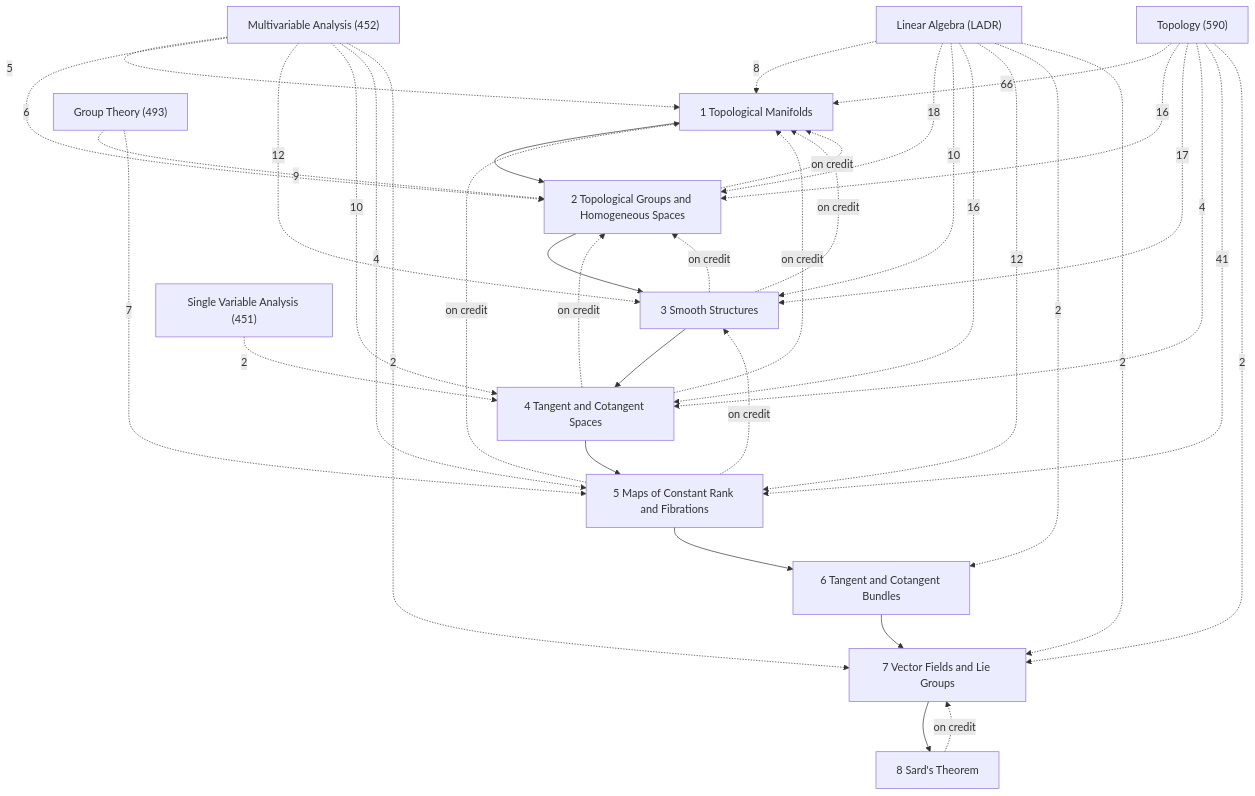
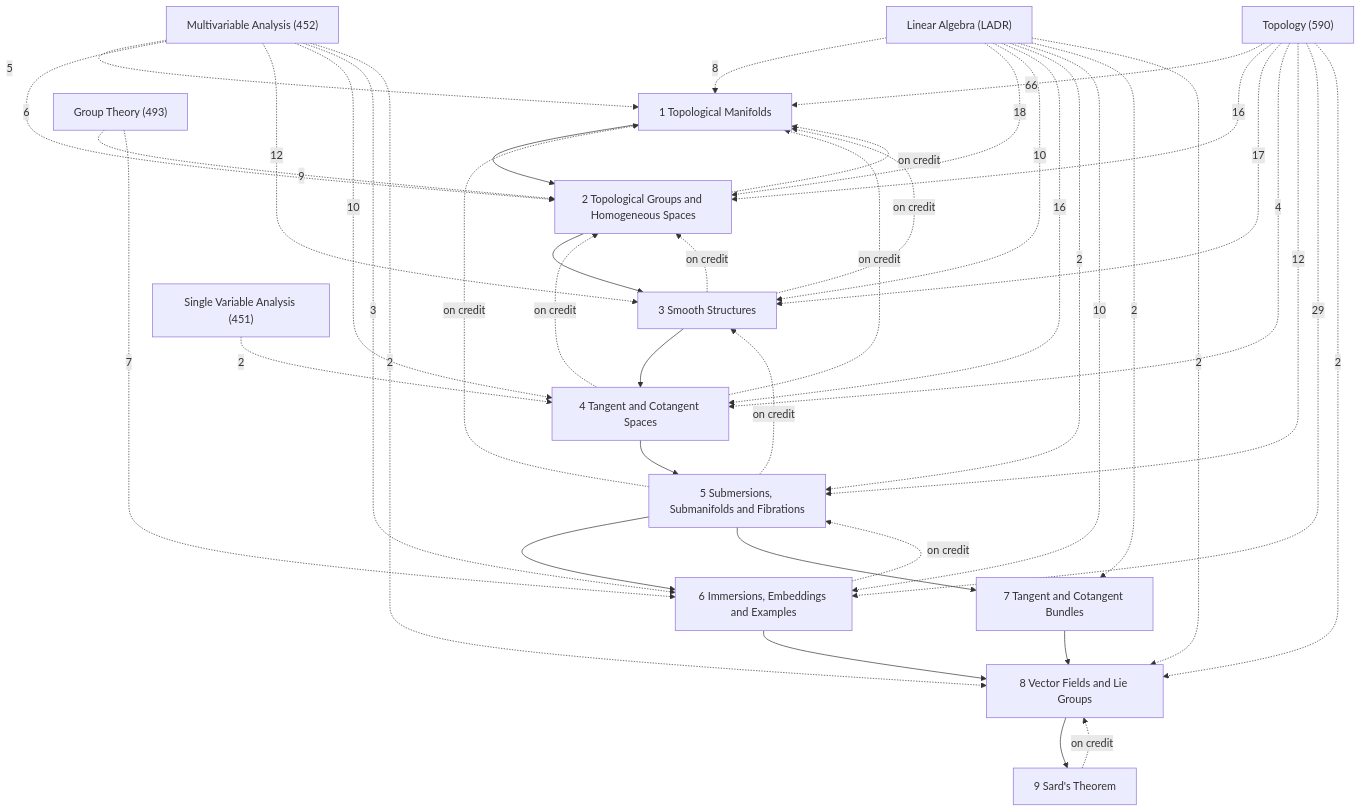
The diagram in Math/Differentiable Manifolds/Differentiable Manifolds.md (Onion20040508/notes), drawn with Mermaid before and after one commit. The commit also changed other lines of this file and 81 other files, not shown here.

````diff
--- a/Math/Differentiable Manifolds/Differentiable Manifolds.md
+++ b/Math/Differentiable Manifolds/Differentiable Manifolds.md
@@ -27,53 +27,59 @@
 ```mermaid
 graph TD
   C1["1 Topological Manifolds"]
   C2["2 Topological Groups and Homogeneous Spaces"]
   C3["3 Smooth Structures"]
   C4["4 Tangent and Cotangent Spaces"]
-  C5["5 Maps of Constant Rank and Fibrations"]
-  C6["6 Tangent and Cotangent Bundles"]
-  C7["7 Vector Fields and Lie Groups"]
-  C8["8 Sard's Theorem"]
+  C5["5 Submersions, Submanifolds and Fibrations"]
+  C6["6 Immersions, Embeddings and Examples"]
+  C7["7 Tangent and Cotangent Bundles"]
+  C8["8 Vector Fields and Lie Groups"]
+  C9["9 Sard's Theorem"]
   X1["Topology (590)"]
   X2["Multivariable Analysis (452)"]
   X3["Linear Algebra (LADR)"]
   X4["Group Theory (493)"]
   X5["Single Variable Analysis (451)"]
   C1 --> C2
   C2 --> C3
   C3 --> C4
   C4 --> C5
   C5 --> C6
-  C6 --> C7
+  C5 --> C7
+  C6 --> C8
   C7 --> C8
+  C8 --> C9
   C2 -.->|on credit| C1
   C3 -.->|on credit| C1
   C3 -.->|on credit| C2
   C4 -.->|on credit| C1
   C4 -.->|on credit| C2
   C5 -.->|on credit| C1
   C5 -.->|on credit| C3
-  C8 -.->|on credit| C7
+  C6 -.->|on credit| C5
+  C9 -.->|on credit| C8
   X4 -.->|9| C2
-  X4 -.->|7| C5
+  X4 -.->|7| C6
   X3 -.->|8| C1
   X3 -.->|18| C2
   X3 -.->|10| C3
   X3 -.->|16| C4
-  X3 -.->|12| C5
-  X3 -.->|2| C6
+  X3 -.->|2| C5
+  X3 -.->|10| C6
   X3 -.->|2| C7
+  X3 -.->|2| C8
   X2 -.->|5| C1
   X2 -.->|6| C2
   X2 -.->|12| C3
   X2 -.->|10| C4
-  X2 -.->|4| C5
-  X2 -.->|2| C7
+  X2 -.->|3| C6
+  X2 -.->|2| C8
   X5 -.->|2| C4
   X1 -.->|66| C1
   X1 -.->|16| C2
   X1 -.->|17| C3
   X1 -.->|4| C4
-  X1 -.->|41| C5
-  X1 -.->|2| C7
+  X1 -.->|12| C5
+  X1 -.->|29| C6
+  X1 -.->|2| C8
 ```
````
